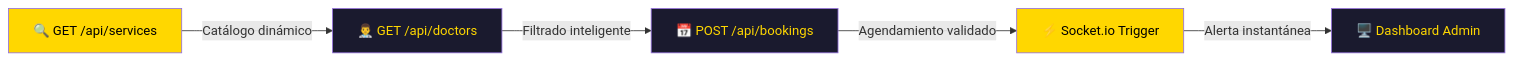
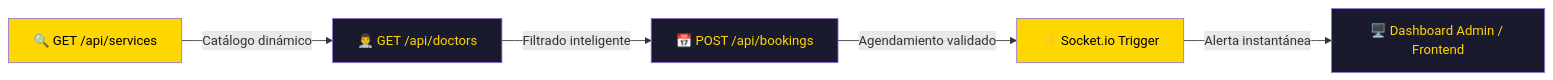
The second of 2 diagrams in Back-SoftwareDT/README.md (NietoDeveloper/SoftwareDT), drawn with Mermaid before and after one commit. The commit also changed other lines of this file, not shown here.

````diff
--- a/Back-SoftwareDT/README.md
+++ b/Back-SoftwareDT/README.md
@@ -83,13 +94,13 @@
 ```mermaid
 flowchart LR
     A[🔍 GET /api/services] -->|Catálogo dinámico| B[👨‍⚕️ GET /api/doctors]
     B -->|Filtrado inteligente| C[📅 POST /api/bookings]
     C -->|Agendamiento validado| D[⚡ Socket.io Trigger]
-    D -->|Alerta instantánea| E[🖥️ Dashboard Admin]
+    D -->|Alerta instantánea| E[🖥️ Dashboard Admin / Frontend]
 
     style A fill:#FFD700,color:#000
     style B fill:#1a1a2e,color:#FFD700
     style C fill:#1a1a2e,color:#FFD700
     style D fill:#FFD700,color:#000
     style E fill:#1a1a2e,color:#FFD700
 ```
````
